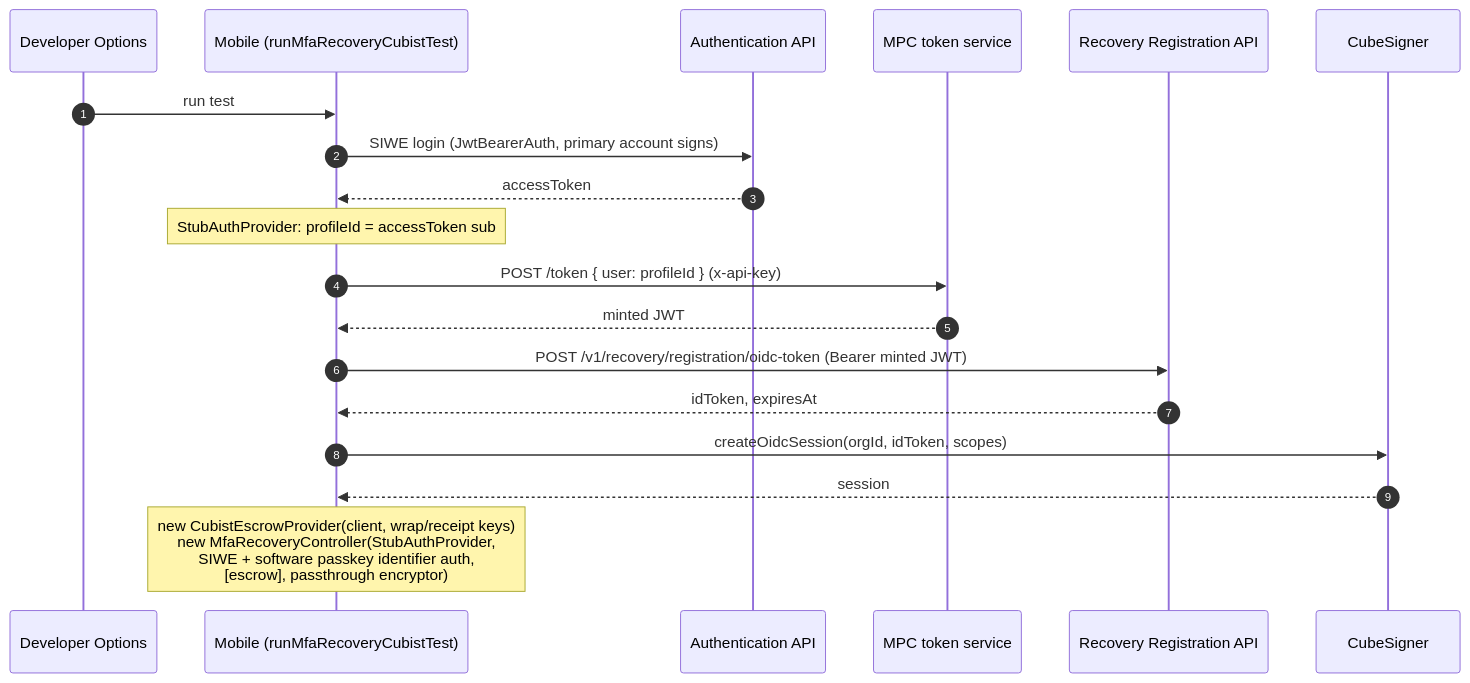
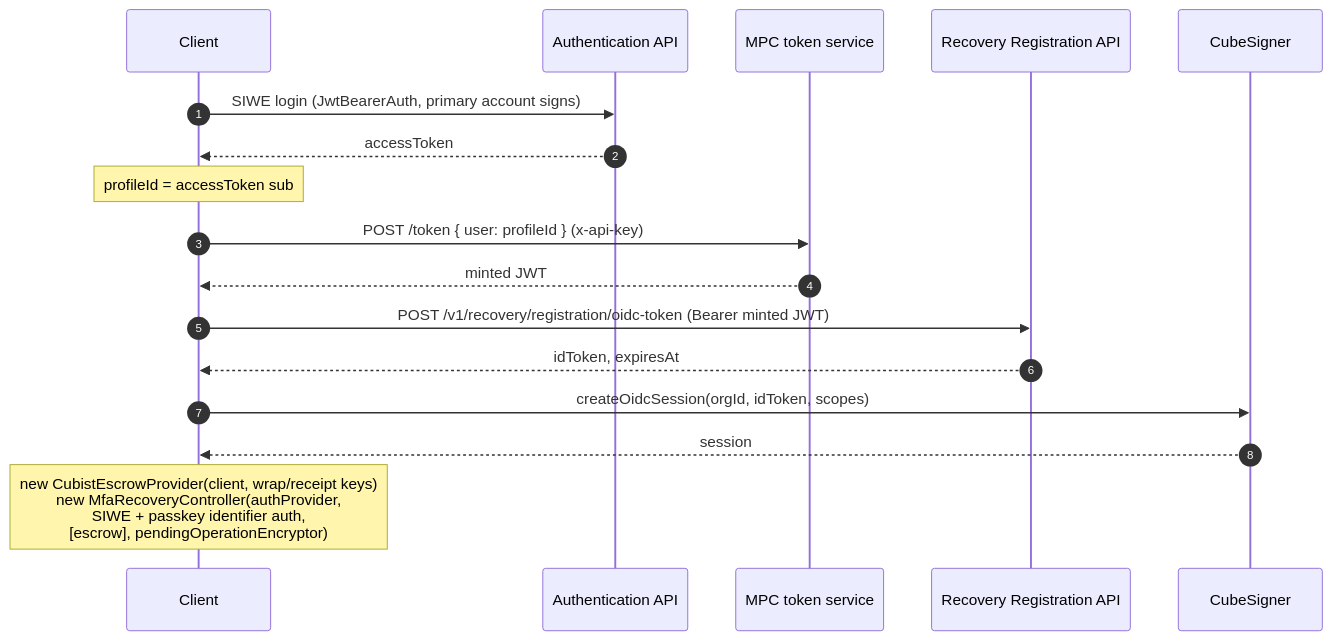
Before and after one commit to MetaMask/core: the second of 4 diagrams in packages/mfa-recovery-controller/CUBIST_TEST_SEQUENCE.md, drawn with Mermaid. The commit also changed other lines of this file, not shown here.

First line of the commit message:
docs(mfa-recovery-controller): refine CUBIST_TEST_SEQUENCE.md for clarity and consistency

````diff
--- a/packages/mfa-recovery-controller/CUBIST_TEST_SEQUENCE.md
+++ b/packages/mfa-recovery-controller/CUBIST_TEST_SEQUENCE.md
@@ -61,22 +59,20 @@
 ```mermaid
 sequenceDiagram
   autonumber
-  participant UI as Developer Options
-  participant Mobile as Mobile (runMfaRecoveryCubistTest)
+  participant Client
   participant AuthAPI as Authentication API
   participant Token as MPC token service
   participant Reg as Recovery Registration API
   participant Cubist as CubeSigner
 
-  UI->>Mobile: run test
-  Mobile->>AuthAPI: SIWE login (JwtBearerAuth, primary account signs)
-  AuthAPI-->>Mobile: accessToken
-  Note over Mobile: StubAuthProvider: profileId = accessToken sub
-  Mobile->>Token: POST /token { user: profileId } (x-api-key)
-  Token-->>Mobile: minted JWT
-  Mobile->>Reg: POST /v1/recovery/registration/oidc-token (Bearer minted JWT)
-  Reg-->>Mobile: idToken, expiresAt
-  Mobile->>Cubist: createOidcSession(orgId, idToken, scopes)
-  Cubist-->>Mobile: session
-  Note over Mobile: new CubistEscrowProvider(client, wrap/receipt keys)<br/>new MfaRecoveryController(StubAuthProvider,<br/>SIWE + software passkey identifier auth,<br/>[escrow], passthrough encryptor)
+  Client->>AuthAPI: SIWE login (JwtBearerAuth, primary account signs)
+  AuthAPI-->>Client: accessToken
+  Note over Client: profileId = accessToken sub
+  Client->>Token: POST /token { user: profileId } (x-api-key)
+  Token-->>Client: minted JWT
+  Client->>Reg: POST /v1/recovery/registration/oidc-token (Bearer minted JWT)
+  Reg-->>Client: idToken, expiresAt
+  Client->>Cubist: createOidcSession(orgId, idToken, scopes)
+  Cubist-->>Client: session
+  Note over Client: new CubistEscrowProvider(client, wrap/receipt keys)<br/>new MfaRecoveryController(authProvider,<br/>SIWE + passkey identifier auth,<br/>[escrow], pendingOperationEncryptor)
 ```
````
